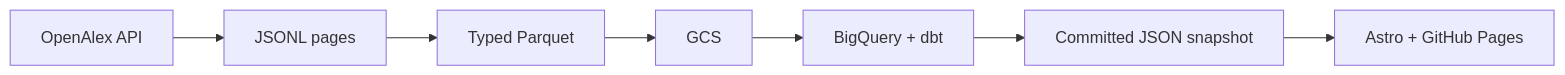
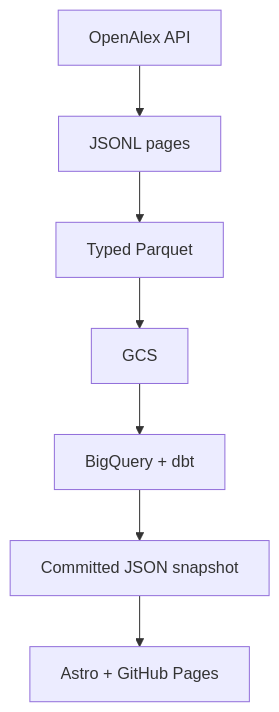
Before and after one commit to ngolombiewski/openalex-pipeline: the diagram in README.md, drawn with Mermaid.

Commit message:
Readme update

````diff
--- a/README.md
+++ b/README.md
@@ -41,9 +41,9 @@
 ```mermaid
-flowchart LR
+flowchart TD
     API[OpenAlex API] --> JSONL[JSONL pages]
     JSONL --> PQ[Typed Parquet]
     PQ --> GCS[GCS]
     GCS --> BQ[BigQuery + dbt]
     BQ --> SNAP[Committed JSON snapshot]
     SNAP --> SITE[Astro + GitHub Pages]
 ```
````
